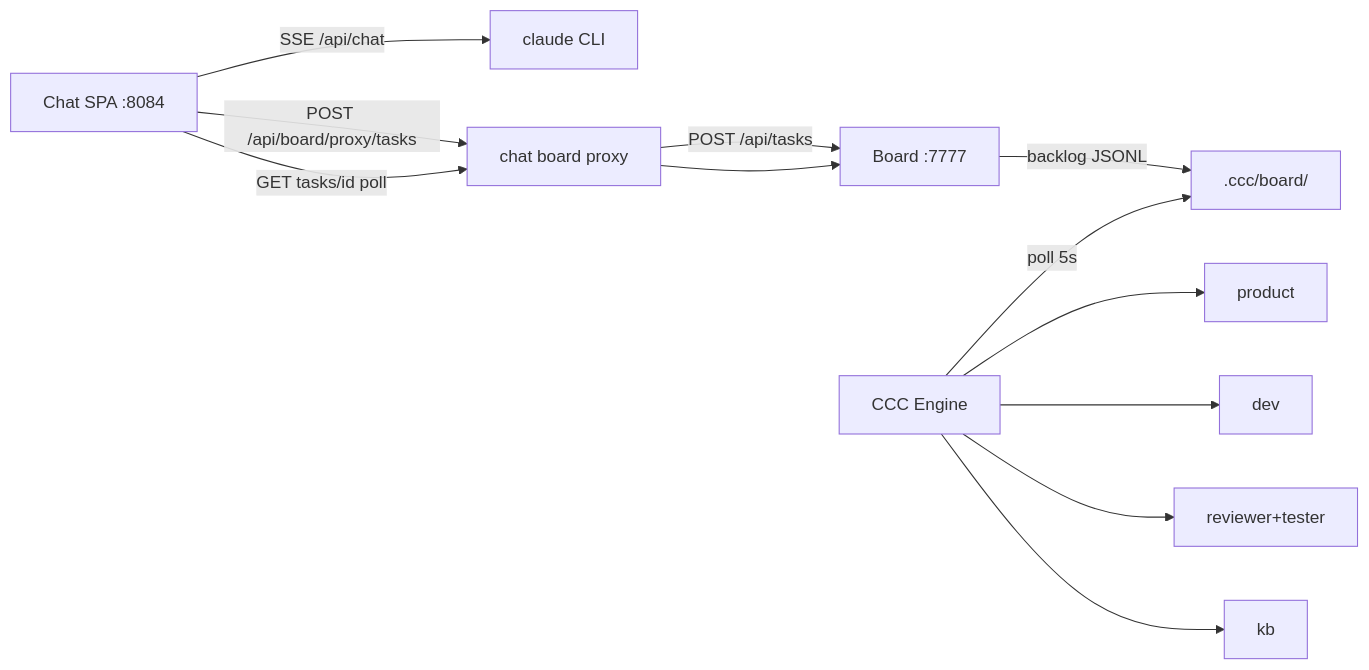
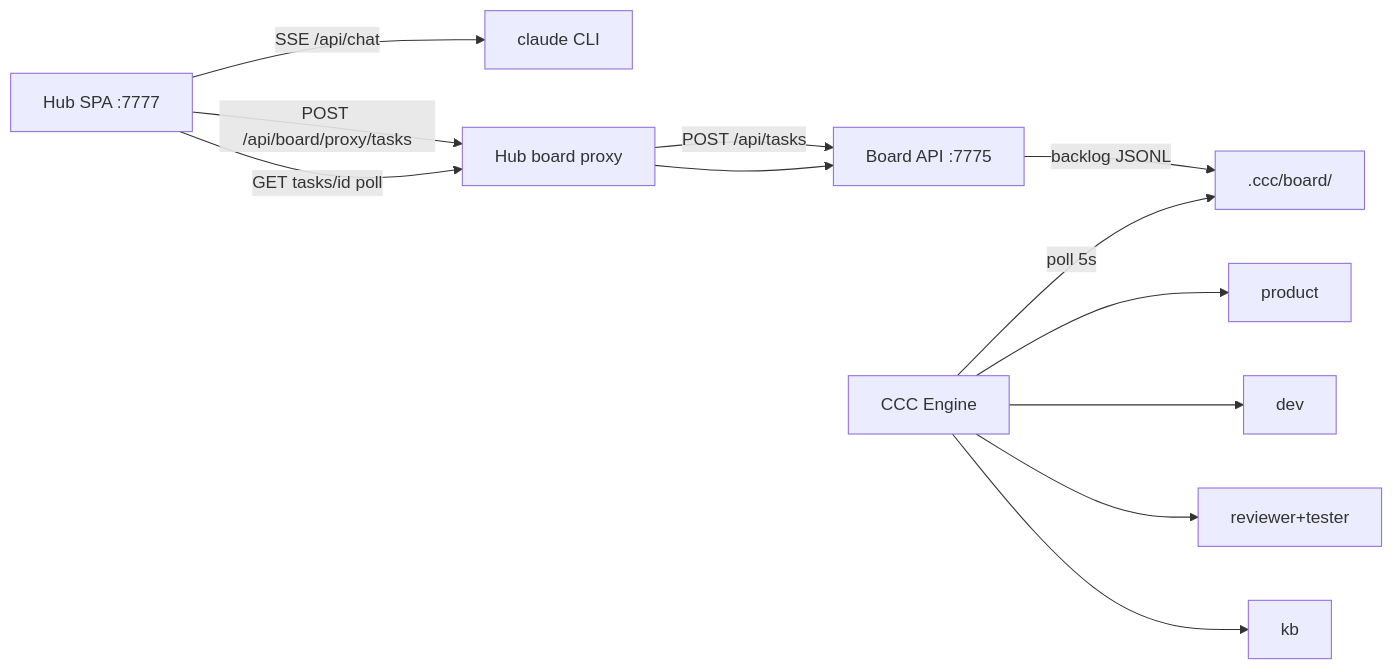
Before and after one commit to hanrry2323/CCC: the diagram in docs/chat-ccc-integration.md, drawn with Mermaid. The commit also changed other lines of this file and 26 other files, not shown here.

````diff
--- a/docs/chat-ccc-integration.md
+++ b/docs/chat-ccc-integration.md
@@ -10,14 +11,14 @@
 ```mermaid
 flowchart LR
-  UI[Chat SPA :8084] -->|SSE /api/chat| Claude[claude CLI]
-  UI -->|POST /api/board/proxy/tasks| Proxy[chat board proxy]
-  Proxy -->|POST /api/tasks| Board[Board :7777]
+  UI[Hub SPA :7777] -->|SSE /api/chat| Claude[claude CLI]
+  UI -->|POST /api/board/proxy/tasks| Proxy[Hub board proxy]
+  Proxy -->|POST /api/tasks| Board[Board API :7775]
   Board -->|backlog JSONL| Disk[".ccc/board/"]
   Engine[CCC Engine] -->|poll 5s| Disk
   Engine --> Product[product]
   Engine --> Dev[dev]
   Engine --> Review[reviewer+tester]
   Engine --> KB[kb]
   UI -->|GET tasks/id poll| Proxy
   Proxy --> Board
 ```
````
